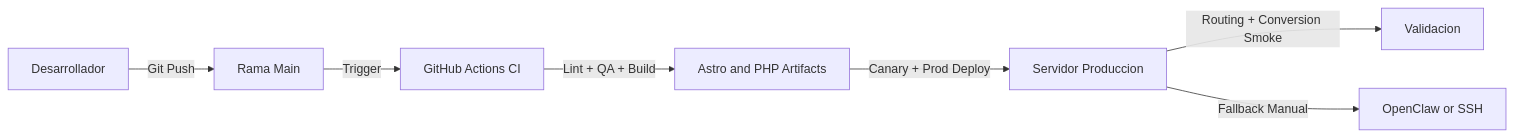
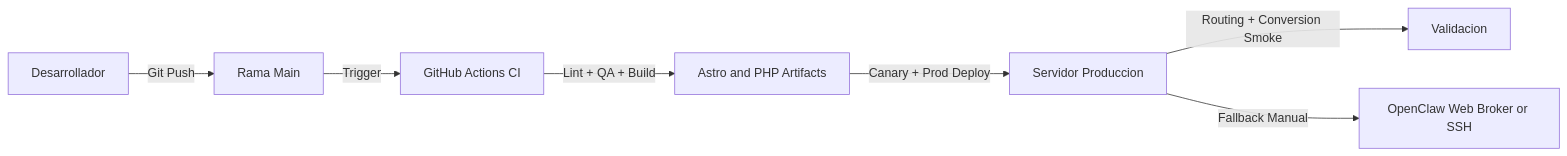
The diagram in docs/DEPLOYMENT.md (erosero558558/Aurora-Derm), drawn with Mermaid before and after one commit. The commit also changed other lines of this file and 40 other files, not shown here.

Commit message:
Harden OpenClaw web broker for production rollout

````diff
--- a/docs/DEPLOYMENT.md
+++ b/docs/DEPLOYMENT.md
@@ -9,9 +9,9 @@
 ```mermaid
 graph LR
     Dev[Desarrollador] -->|Git Push| Main[Rama Main]
     Main -->|Trigger| CI[GitHub Actions CI]
     CI -->|Lint + QA + Build| Build[Astro and PHP Artifacts]
     Build -->|Canary + Prod Deploy| Server[Servidor Produccion]
     Server -->|Routing + Conversion Smoke| Valid[Validacion]
-    Server -->|Fallback Manual| VPS[OpenClaw or SSH]
+    Server -->|Fallback Manual| VPS[OpenClaw Web Broker or SSH]
 ```
````
